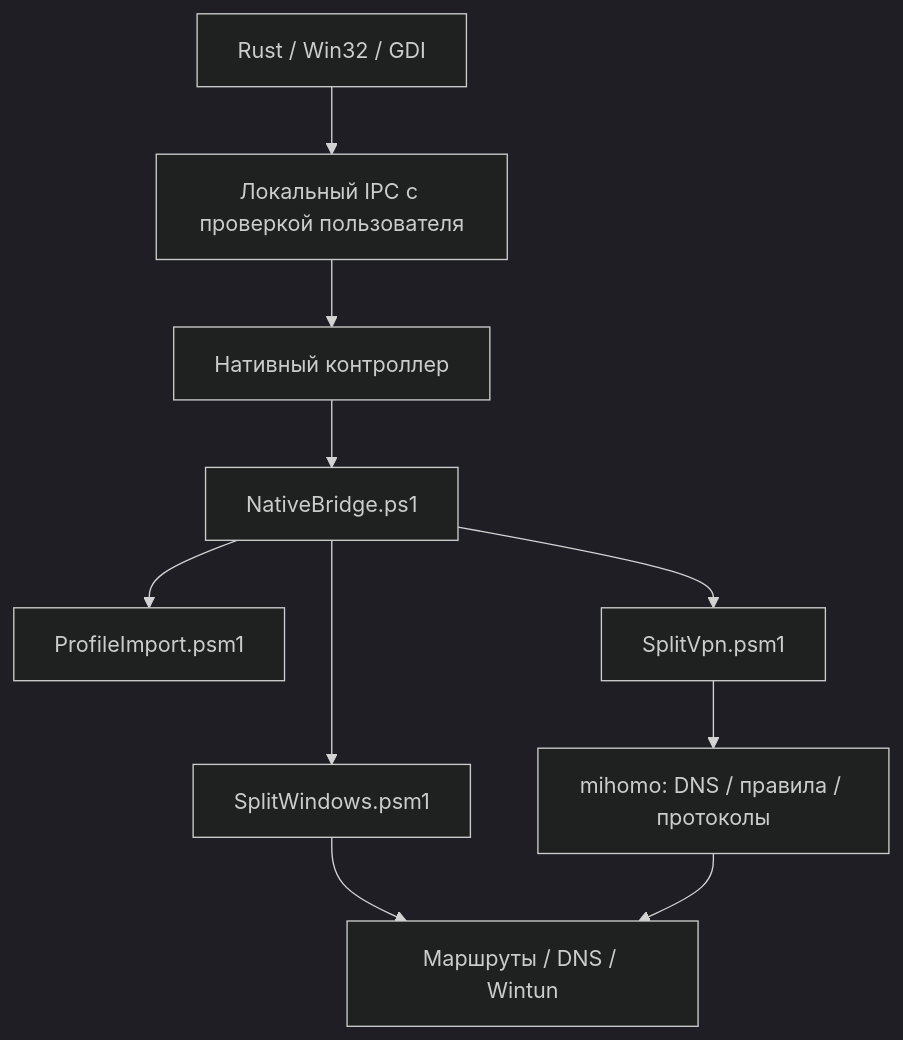
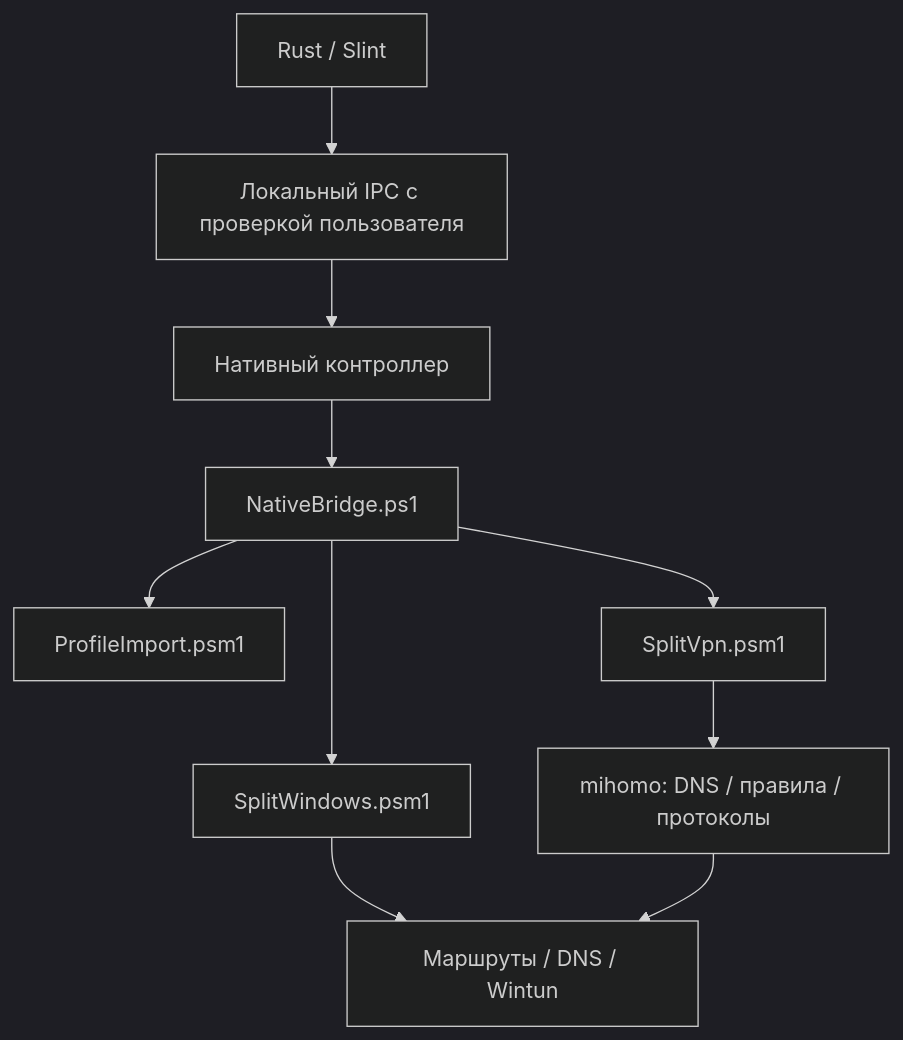
The diagram in docs/architecture.md (0nionow1/Mukhomor), drawn with Mermaid (dark theme) before and after one commit. The commit also changed other lines of this file and 213 other files, not shown here.

````diff
--- a/docs/architecture.md
+++ b/docs/architecture.md
@@ -5,12 +5,12 @@
 ```mermaid
 flowchart TD
-    GUI[Rust / Win32 / GDI] --> IPC[Локальный IPC с проверкой пользователя]
+    GUI[Rust / Slint] --> IPC[Локальный IPC с проверкой пользователя]
     IPC --> C[Нативный контроллер]
     C --> B[NativeBridge.ps1]
     B --> I[ProfileImport.psm1]
     B --> S[SplitVpn.psm1]
     B --> W[SplitWindows.psm1]
     S --> M[mihomo: DNS / правила / протоколы]
     W --> N[Маршруты / DNS / Wintun]
     M --> N
 ```
````
